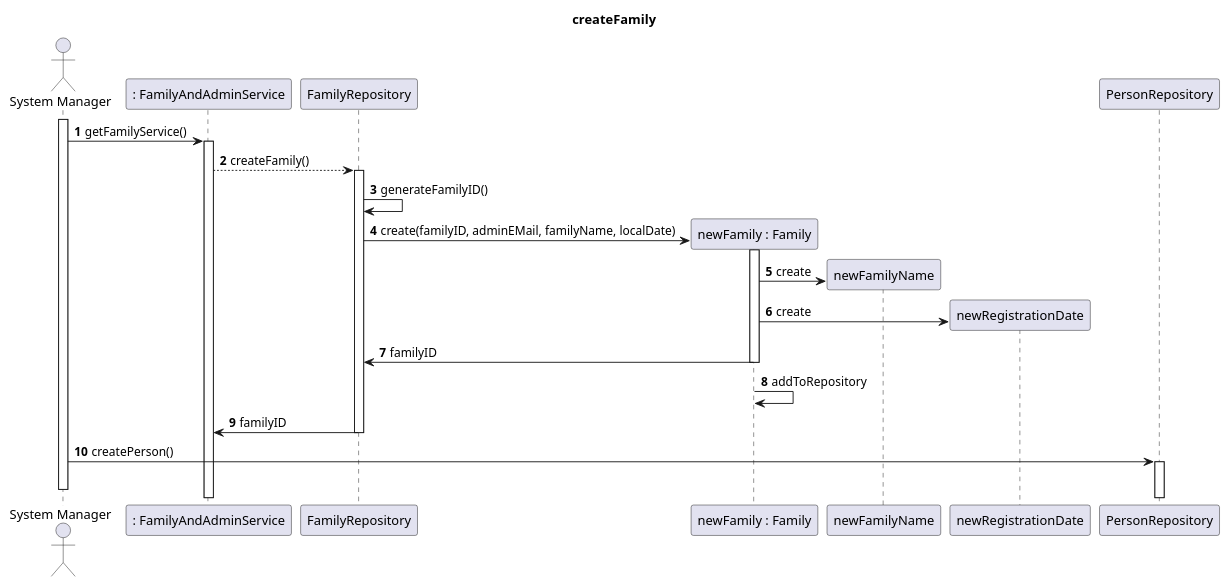
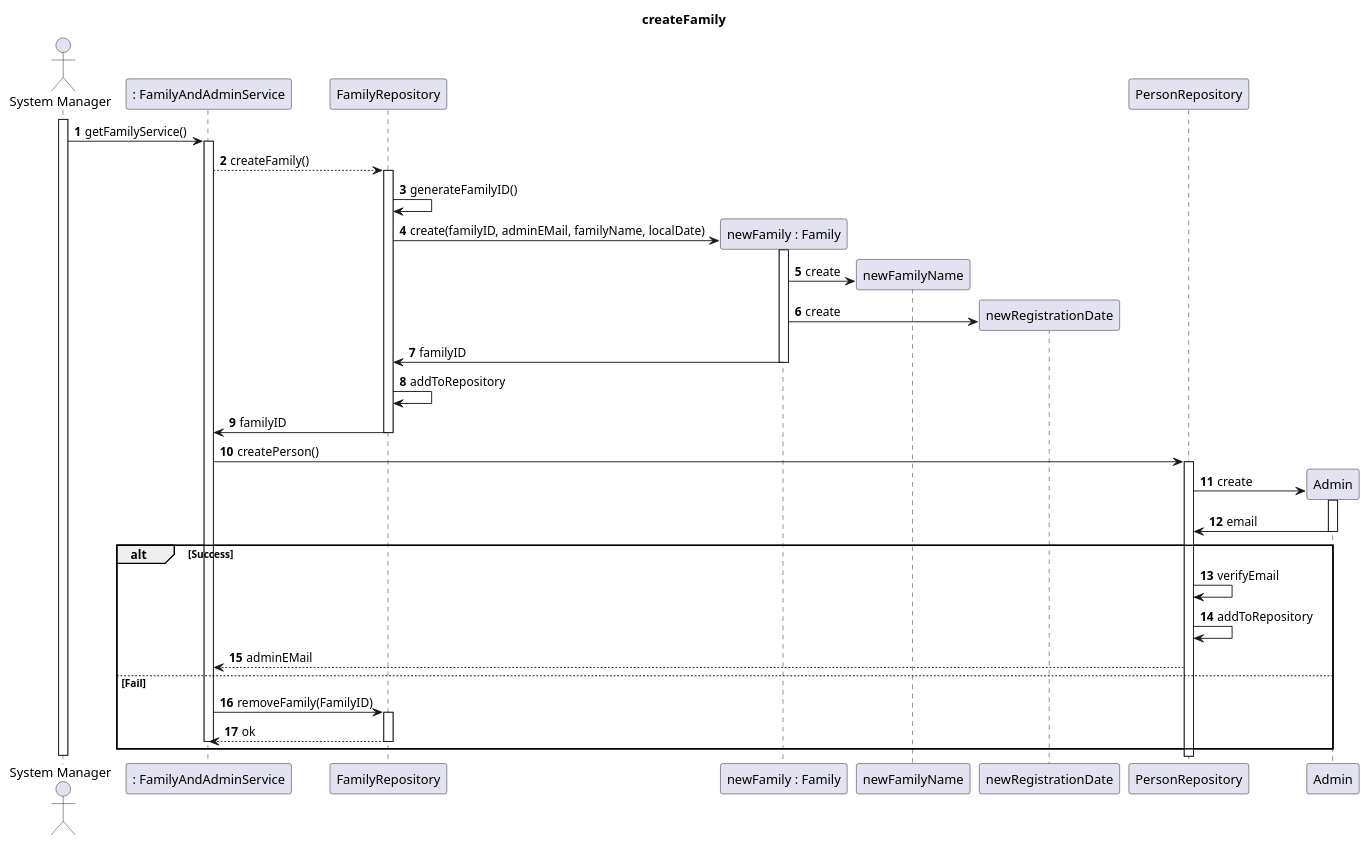
One commit to tomas-osswald/switch_2020_g3 changed the third of 4 diagrams in docs/sprint3/user_stories/US010_CreateAFamilyAndSetAdministrator.md. Above: the diagram before and after it, drawn with PlantUML. The commit also changed other lines of this file, not shown here.

Commit message:
SD added to US10 md file

`````diff
--- a/docs/sprint3/user_stories/US010_CreateAFamilyAndSetAdministrator.md
+++ b/docs/sprint3/user_stories/US010_CreateAFamilyAndSetAdministrator.md
@@ -92,33 +86,49 @@
 ````puml
 @startuml
 autonumber
 title createFamily
 actor "System Manager" as systemManager
 participant ": FamilyAndAdminService" as FamAdminService
 participant "FamilyRepository" as frepository
 participant "newFamily : Family" as family
 participant "newFamilyName" as familyName
 participant "newRegistrationDate" as registrationDate
 participant "PersonRepository" as prepository
+participant "Admin" as admin
 activate systemManager
 systemManager -> FamAdminService: getFamilyService()
 activate FamAdminService
 FamAdminService --> frepository: createFamily()
 activate frepository
 frepository -> frepository : generateFamilyID()
 frepository -> family** : create(familyID, adminEMail, familyName, localDate)
 activate family
 family ->  familyName** : create
 family -> registrationDate** : create
 family -> frepository : familyID
 deactivate family
-family -> family : addToRepository
+frepository -> frepository : addToRepository
+
 frepository -> FamAdminService : familyID
 deactivate frepository
-systemManager -> prepository : createPerson()
+FamAdminService -> prepository : createPerson()
 activate prepository
+prepository -> admin** : create
+activate admin
+admin -> prepository : email
+deactivate admin
+alt Success
+prepository -> prepository : verifyEmail
+prepository -> prepository : addToRepository
+prepository --> FamAdminService : adminEMail
+else Fail
 
+FamAdminService -> frepository : removeFamily(FamilyID)
+activate frepository
+frepository --> FamAdminService : ok
+deactivate frepository
+deactivate FamAdminService
+end
 deactivate systemManager
-
 @enduml
 ````
`````
